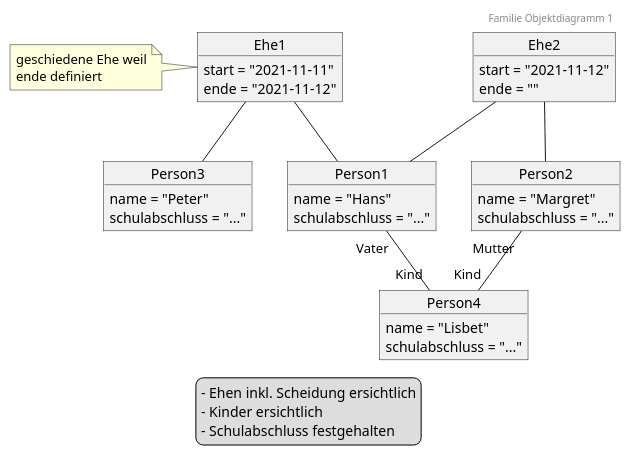
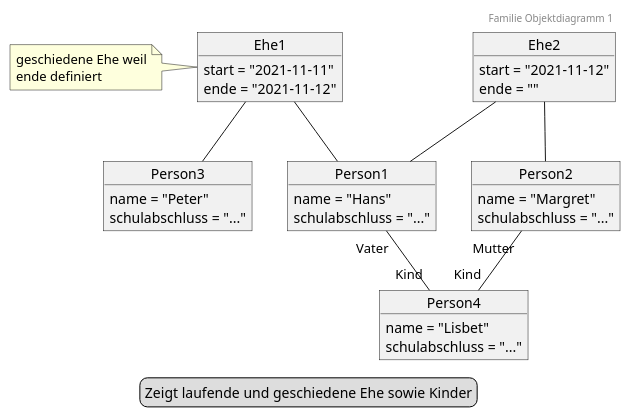
The diagram in Familie Objekt 1.puml (rb-bbw/M153_Familie), drawn with PlantUML before and after one commit. The commit also changed 1 other file, not shown here.

```diff
--- a/Familie Objekt 1.puml
+++ b/Familie Objekt 1.puml
@@ -1,48 +1,46 @@
 @startuml
 'https://plantuml.com/object-diagram
 header Familie Objektdiagramm 1
 
 object Person1 {
     name = "Hans"
     schulabschluss = "..."
 }
 object Person2 {
     name = "Margret"
     schulabschluss = "..."
 }
 object Person3 {
     name = "Peter"
     schulabschluss = "..."
 }
 object Person4 {
     name = "Lisbet"
     schulabschluss = "..."
 }
 object Ehe1 {
     start = "2021-11-11"
     ende = "2021-11-12"
 }
 object Ehe2 {
     start = "2021-11-12"
     ende = ""
 }
 
 Ehe2 -- Person1
 Ehe2 -- Person2
 
 Ehe1 -- Person1
 Ehe1 -- Person3
 
 Person1 "Vater" -- "Kind" Person4
 Person2 "Mutter" -- "Kind" Person4
 
 note "geschiedene Ehe weil\nende definiert" as N1
 N1 - Ehe1
 
 legend
-- Ehen inkl. Scheidung ersichtlich
-- Kinder ersichtlich
-- Schulabschluss festgehalten
+Zeigt laufende und geschiedene Ehe sowie Kinder
 end legend
 
 @enduml
```
